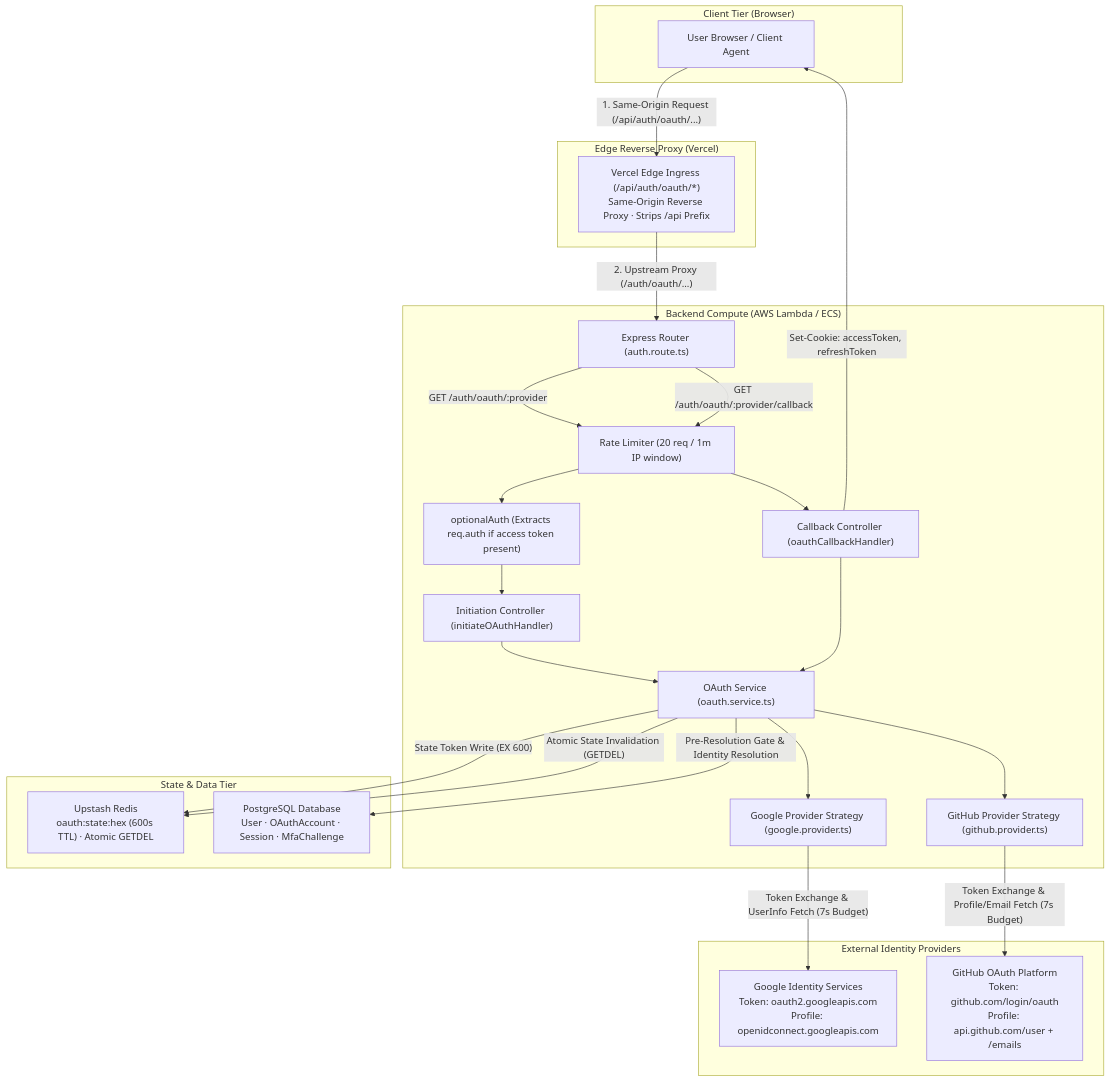
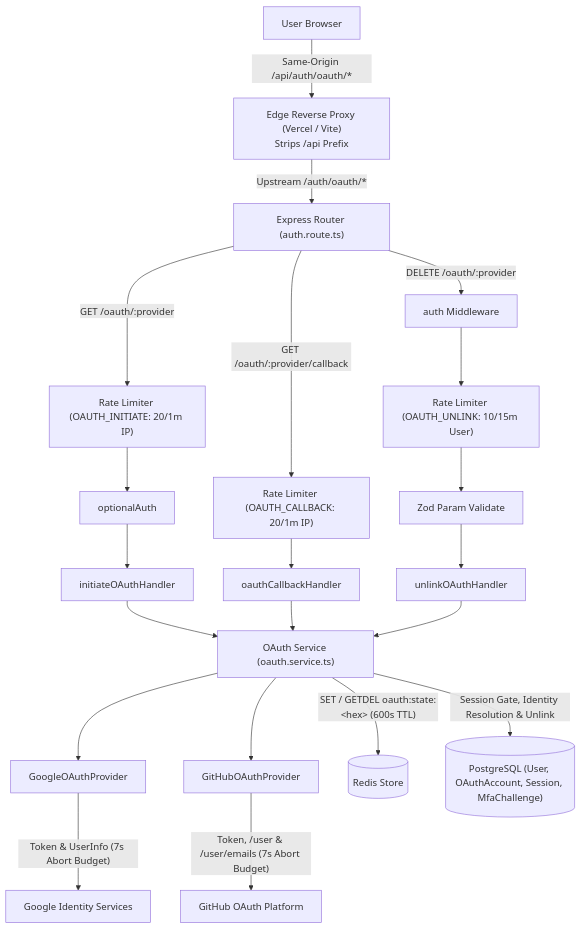
Before and after one commit to utkarshj014/authsphere: the first of 4 diagrams in docs/OAUTH.md, drawn with Mermaid. The commit also changed other lines of this file and 5 other files, not shown here.

````diff
--- a/docs/OAUTH.md
+++ b/docs/OAUTH.md
@@ -35,51 +35,22 @@
 ```mermaid
 flowchart TD
-    subgraph Client ["Client Tier (Browser)"]
-        Browser["User Browser / Client Agent"]
-    end
+    Browser["User Browser"] -->|"Same-Origin /api/auth/oauth/*"| EdgeProxy["Edge Reverse Proxy (Vercel / Vite)<br/>Strips /api Prefix"]
+    EdgeProxy -->|"Upstream /auth/oauth/*"| Router["Express Router (auth.route.ts)"]
 
-    subgraph Edge ["Edge Reverse Proxy (Vercel)"]
-        VercelProxy["Vercel Edge Ingress (/api/auth/oauth/*)<br/>Same-Origin Reverse Proxy · Strips /api Prefix"]
-    end
+    Router -->|"GET /oauth/:provider"| InitRL["Rate Limiter (OAUTH_INITIATE: 20/1m IP)"] --> OptAuth["optionalAuth"] --> InitCtrl["initiateOAuthHandler"]
+    Router -->|"GET /oauth/:provider/callback"| CbRL["Rate Limiter (OAUTH_CALLBACK: 20/1m IP)"] --> CbCtrl["oauthCallbackHandler"]
+    Router -->|"DELETE /oauth/:provider"| AuthMid["auth Middleware"] --> UnlinkRL["Rate Limiter (OAUTH_UNLINK: 10/15m User)"] --> ValParam["Zod Param Validate"] --> UnlinkCtrl["unlinkOAuthHandler"]
 
-    subgraph Backend ["Backend Compute (AWS Lambda / ECS)"]
-        Router["Express Router (auth.route.ts)"]
-        RateLimit["Rate Limiter (20 req / 1m IP window)"]
-        OptAuth["optionalAuth (Extracts req.auth if access token present)"]
-        InitCtrl["Initiation Controller (initiateOAuthHandler)"]
-        CallbackCtrl["Callback Controller (oauthCallbackHandler)"]
-        OAuthSvc["OAuth Service (oauth.service.ts)"]
-        GoogleStrat["Google Provider Strategy (google.provider.ts)"]
-        GitHubStrat["GitHub Provider Strategy (github.provider.ts)"]
-    end
+    InitCtrl --> OAuthSvc["OAuth Service (oauth.service.ts)"]
+    CbCtrl --> OAuthSvc
+    UnlinkCtrl --> OAuthSvc
 
-    subgraph StateTier ["State & Data Tier"]
-        Redis["Upstash Redis<br/>oauth:state:hex (600s TTL) · Atomic GETDEL"]
-        Postgres["PostgreSQL Database<br/>User · OAuthAccount · Session · MfaChallenge"]
-    end
+    OAuthSvc --> GoogleStrat["GoogleOAuthProvider"]
+    OAuthSvc --> GitHubStrat["GitHubOAuthProvider"]
 
-    subgraph External ["External Identity Providers"]
-        GoogleIDP["Google Identity Services<br/>Token: oauth2.googleapis.com<br/>Profile: openidconnect.googleapis.com"]
-        GitHubIDP["GitHub OAuth Platform<br/>Token: github.com/login/oauth<br/>Profile: api.github.com/user + /emails"]
-    end
+    OAuthSvc -->|"SET / GETDEL oauth:state:&lt;hex&gt; (600s TTL)"| Redis[("Redis Store")]
+    OAuthSvc -->|"Session Gate, Identity Resolution & Unlink"| Postgres[("PostgreSQL (User, OAuthAccount, Session, MfaChallenge)")]
 
-    Browser -->|"1. Same-Origin Request (/api/auth/oauth/...)"| VercelProxy
-    VercelProxy -->|"2. Upstream Proxy (/auth/oauth/...)"| Router
-
-    Router -->|"GET /auth/oauth/:provider"| RateLimit
-    RateLimit --> OptAuth --> InitCtrl --> OAuthSvc
-
-    Router -->|"GET /auth/oauth/:provider/callback"| RateLimit
-    RateLimit --> CallbackCtrl --> OAuthSvc
-
-    OAuthSvc --> GoogleStrat
-    OAuthSvc --> GitHubStrat
-    OAuthSvc -->|"State Token Write (EX 600)"| Redis
-    OAuthSvc -->|"Atomic State Invalidation (GETDEL)"| Redis
-
-    GoogleStrat -->|"Token Exchange & UserInfo Fetch (7s Budget)"| GoogleIDP
-    GitHubStrat -->|"Token Exchange & Profile/Email Fetch (7s Budget)"| GitHubIDP
-
-    OAuthSvc -->|"Pre-Resolution Gate & Identity Resolution"| Postgres
-    CallbackCtrl -->|"Set-Cookie: accessToken, refreshToken"| Browser
+    GoogleStrat -->|"Token & UserInfo (7s Abort Budget)"| GoogleIDP["Google Identity Services"]
+    GitHubStrat -->|"Token, /user & /user/emails (7s Abort Budget)"| GitHubIDP["GitHub OAuth Platform"]
 ```
````
